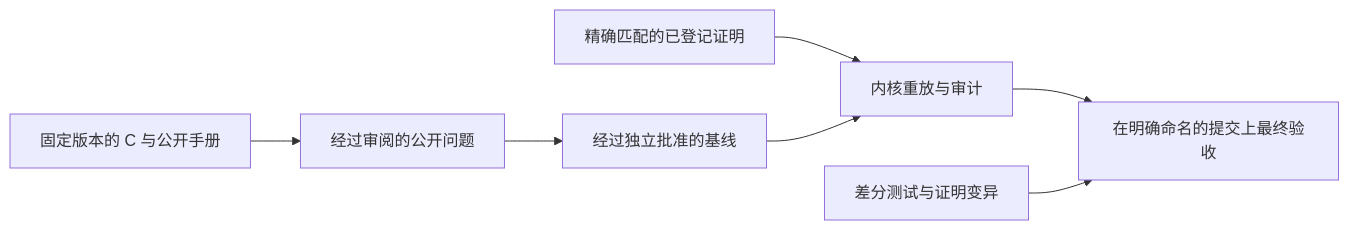
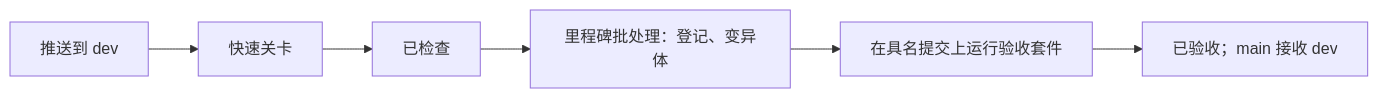
The diagram in docs/checking/README.zh.md (cla7aye15I4nd/zlib-f), drawn with Mermaid before and after one commit. The commit also changed other lines of this file and 851 other files, not shown here.

````diff
--- a/docs/checking/README.zh.md
+++ b/docs/checking/README.zh.md
@@ -27,9 +20,8 @@
 ```mermaid
 flowchart LR
-    H["固定版本的 C 与公开手册"] --> Q["经过审阅的公开问题"]
-    Q --> B["经过独立批准的基线"]
-    P["精确匹配的已登记证明"] --> K["内核重放与审计"]
-    B --> K
-    K --> F["在明确命名的提交上最终验收"]
-    T["差分测试与证明变异"] --> F
+    P["推送到 dev"] --> G["快速关卡"]
+    G --> C["已检查"]
+    C --> M["里程碑批处理：登记、变异体"]
+    M --> A["在具名提交上运行验收套件"]
+    A --> R["已验收；main 接收 dev"]
 ```
````
